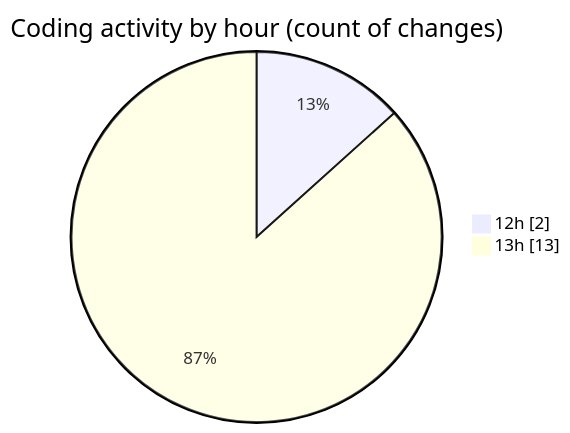
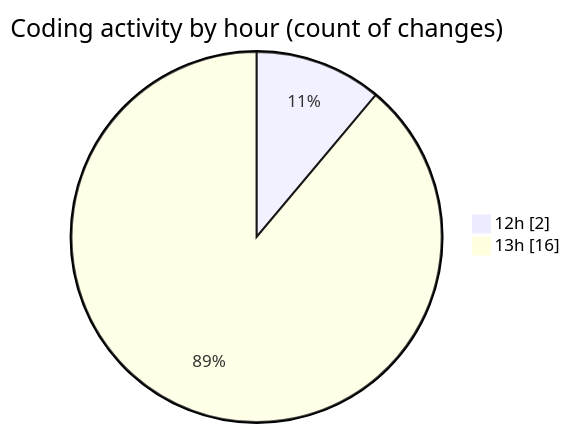
The second of 2 diagrams in 2025-05-03/uhigh-lang/README.md (charlie-sans/code-tracking), drawn with Mermaid before and after one commit. The commit also changed other lines of this file and 1 other file, not shown here.

````diff
--- a/2025-05-03/uhigh-lang/README.md
+++ b/2025-05-03/uhigh-lang/README.md
@@ -30,6 +30,6 @@
 ```mermaid
 pie showData
 title Coding activity by hour (count of changes)
 "12h" : 2
-"13h" : 13
+"13h" : 16
 ```
````
